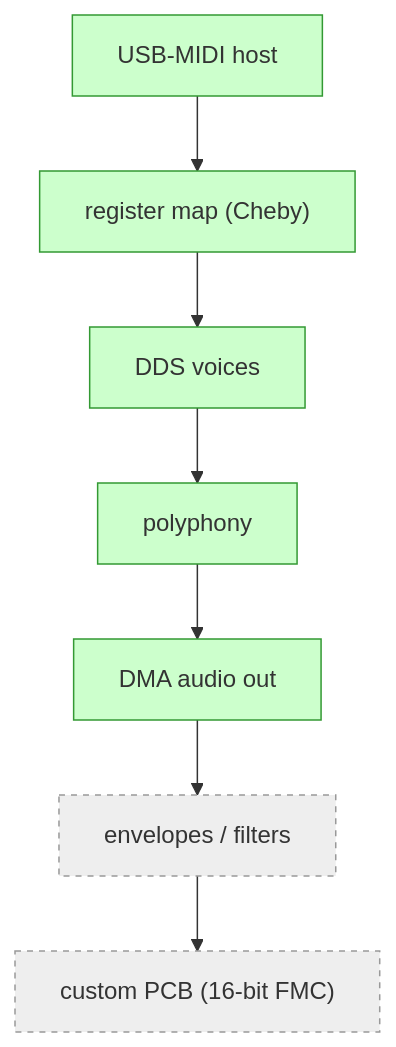
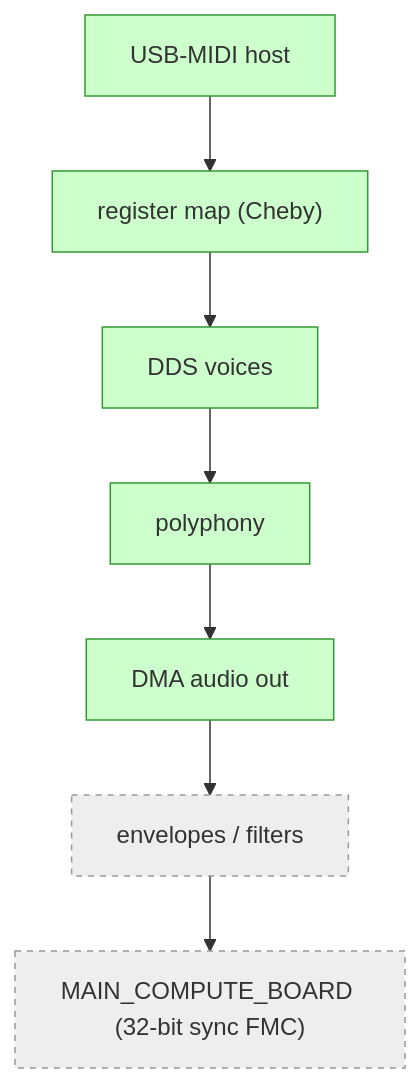
One commit to akielaries/signalmesh changed the sixth of 6 diagrams in docs/acm-synth-architecture.md. Above: the diagram before and after it, drawn with Mermaid. The commit also changed other lines of this file and 3 other files, not shown here.

````diff
--- a/docs/acm-synth-architecture.md
+++ b/docs/acm-synth-architecture.md
@@ -155,12 +167,12 @@
 ```mermaid
 flowchart TD
     A["USB-MIDI host"]:::done --> B["register map (Cheby)"]:::done
     B --> C["DDS voices"]:::done
     C --> D["polyphony"]:::done
     D --> E["DMA audio out"]:::done
     E --> F["envelopes / filters"]:::todo
-    F --> G["custom PCB (16-bit FMC)"]:::todo
+    F --> G["MAIN_COMPUTE_BOARD (32-bit sync FMC)"]:::todo
 
     classDef done fill:#cfc,stroke:#393;
     classDef todo fill:#eee,stroke:#999,stroke-dasharray:4;
 ```
````
